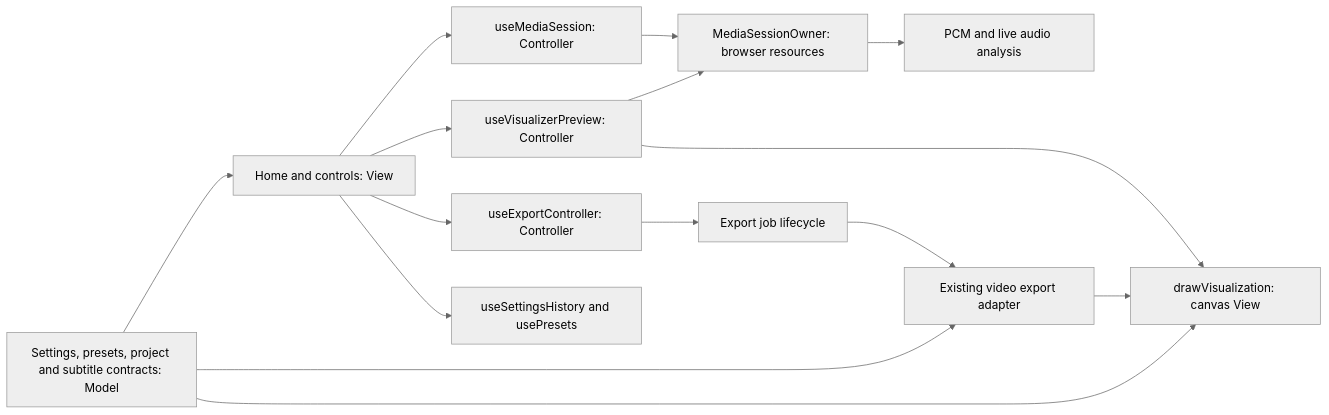
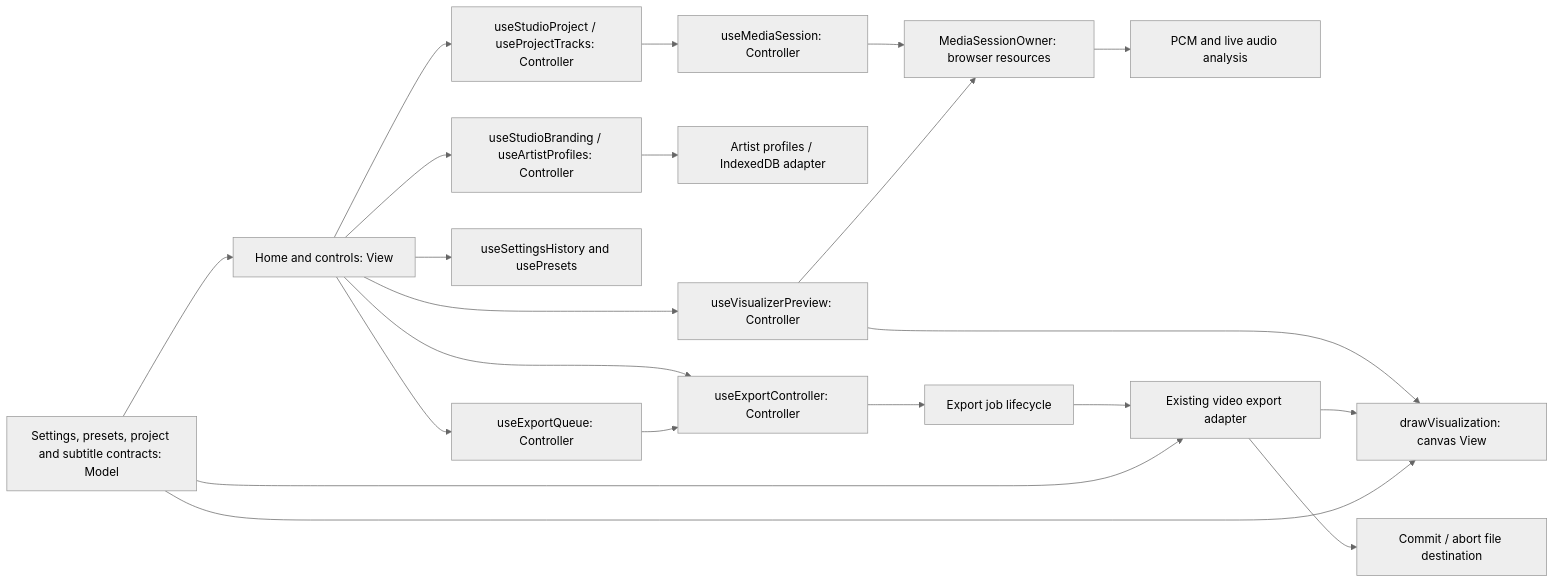
The diagram in docs/architecture.md (ervin-sungkono/pulseframe), drawn with Mermaid (neutral theme) before and after one commit. The commit also changed other lines of this file and 8 other files, not shown here.

Commit message:
chore: document release studio architecture and validation

````diff
--- a/docs/architecture.md
+++ b/docs/architecture.md
@@ -8,17 +8,23 @@
 ```mermaid
 flowchart LR
-  UI[Home and controls: View] --> Media[useMediaSession: Controller]
+  UI[Home and controls: View] --> Project[useStudioProject / useProjectTracks: Controller]
+  Project --> Media[useMediaSession: Controller]
+  UI --> Branding[useStudioBranding / useArtistProfiles: Controller]
+  Branding --> Assets[Artist profiles / IndexedDB adapter]
   UI --> Preview[useVisualizerPreview: Controller]
   UI --> Export[useExportController: Controller]
   UI --> History[useSettingsHistory and usePresets]
   Media --> Session[MediaSessionOwner: browser resources]
   Session --> Analysis[PCM and live audio analysis]
   Preview --> Session
   Preview --> Renderer[drawVisualization: canvas View]
+  UI --> Queue[useExportQueue: Controller]
+  Queue --> Export
   Export --> Job[Export job lifecycle]
   Job --> Encoder[Existing video export adapter]
   Encoder --> Renderer
+  Encoder --> Sink[Commit / abort file destination]
   Contracts[Settings, presets, project and subtitle contracts: Model] --> UI
   Contracts --> Renderer
   Contracts --> Encoder
 ```
````
